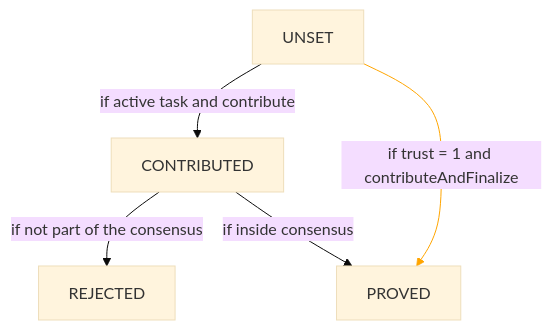
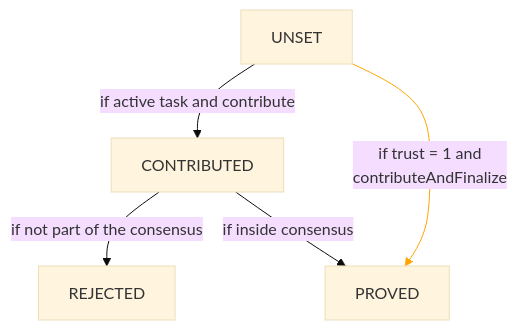
The second of 2 diagrams in docs/diagrams.md (iExecBlockchainComputing/PoCo), drawn with Mermaid (base theme) before and after one commit. The commit also changed other lines of this file, not shown here.

Commit message:
docs: Fix mermaid graphs

````diff
--- a/docs/diagrams.md
+++ b/docs/diagrams.md
@@ -35,8 +35,8 @@
 ```mermaid
 flowchart TB
     UNSET --> |if active task and contribute| CONTRIBUTED
     CONTRIBUTED --> |if not part of the consensus| REJECTED
     CONTRIBUTED --> |if inside consensus| PROVED
-    UNSET --> |if trust = 1 and contributeAndFinalize| PROVED
+    UNSET --> |if trust = 1 and <br> contributeAndFinalize| PROVED
     linkStyle 3 stroke:orange
 ```
````
